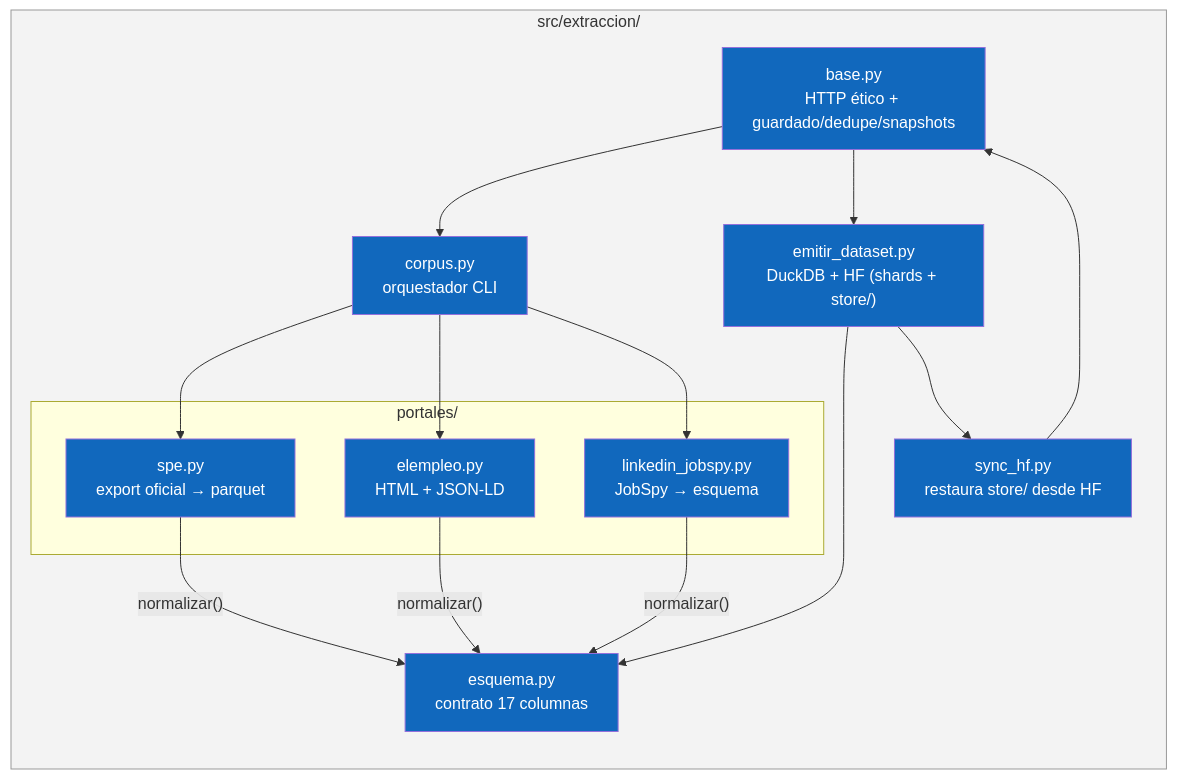
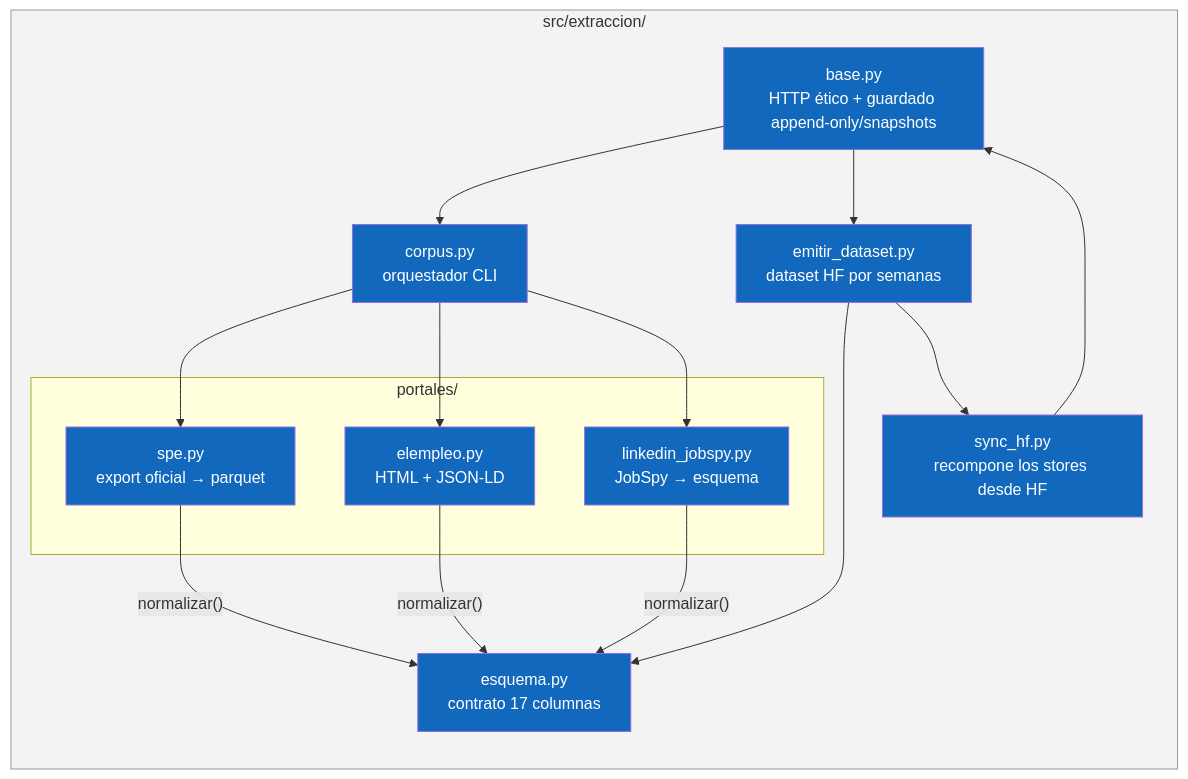
The third of 8 diagrams in docs/arquitectura.md (shalom-A26/SEXTANTE), drawn with Mermaid before and after one commit. The commit also changed other lines of this file and 9 other files, not shown here.

````diff
--- a/docs/arquitectura.md
+++ b/docs/arquitectura.md
@@ -135,33 +140,33 @@
 ```mermaid
 flowchart LR
     subgraph SRC["src/extraccion/"]
         esquema["esquema.py<br/>contrato 17 columnas"]
-        base["base.py<br/>HTTP ético + guardado/dedupe/snapshots"]
+        base["base.py<br/>HTTP ético + guardado append-only/snapshots"]
         corpus["corpus.py<br/>orquestador CLI"]
-        sync["sync_hf.py<br/>restaura store/ desde HF"]
-        emitir["emitir_dataset.py<br/>DuckDB + HF (shards + store/)"]
+        sync["sync_hf.py<br/>recompone los stores desde HF"]
+        emitir["emitir_dataset.py<br/>dataset HF por semanas"]
 
         subgraph PORTALES["portales/"]
             spe["spe.py<br/>export oficial → parquet"]
             elempleo["elempleo.py<br/>HTML + JSON-LD"]
             linkedin["linkedin_jobspy.py<br/>JobSpy → esquema"]
         end
     end
 
     corpus --> spe
     corpus --> elempleo
     corpus --> linkedin
     spe -->|"normalizar()"| esquema
     elempleo -->|"normalizar()"| esquema
     linkedin -->|"normalizar()"| esquema
     base --> corpus
     sync --> base
     base --> emitir
     emitir --> esquema
     emitir --> sync
 
     classDef borde fill:#f3f3f3,stroke:#999;
     classDef mod fill:#1168bd,color:#fff;
     class SRC borde;
     class esquema,base,corpus,sync,emitir,spe,elempleo,linkedin mod;
 ```
````
